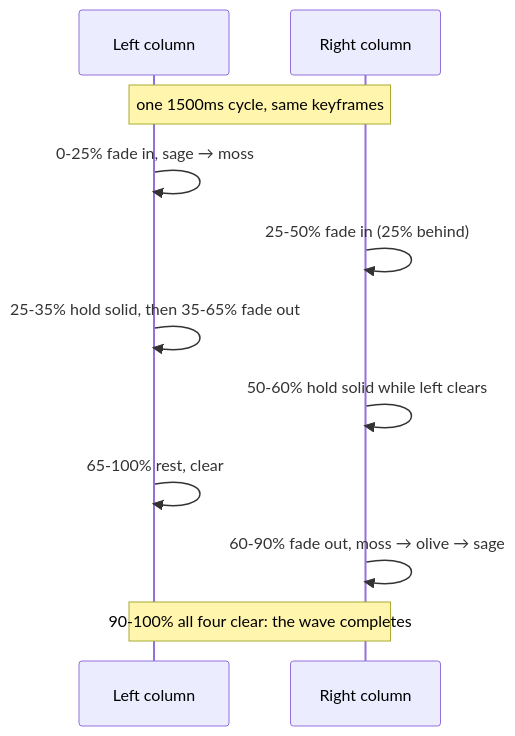
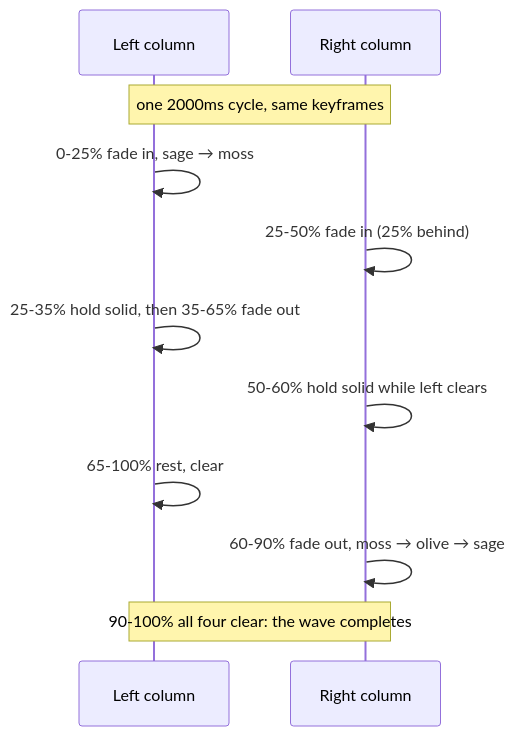
Diagram 21 of 22 in docs/FOR_ETHAN.md (mite404/yaklabs), drawn with Mermaid before and after one commit. The commit also changed other lines of this file, not shown here.

````diff
--- a/docs/FOR_ETHAN.md
+++ b/docs/FOR_ETHAN.md
@@ -1932,13 +1932,13 @@
 ```mermaid
 sequenceDiagram
   participant L as Left column
   participant R as Right column
-  Note over L,R: one 1500ms cycle, same keyframes
+  Note over L,R: one 2000ms cycle, same keyframes
   L->>L: 0-25% fade in, sage → moss
   R->>R: 25-50% fade in (25% behind)
   L->>L: 25-35% hold solid, then 35-65% fade out
   R->>R: 50-60% hold solid while left clears
   L->>L: 65-100% rest, clear
   R->>R: 60-90% fade out, moss → olive → sage
   Note over L,R: 90-100% all four clear: the wave completes
 ```
````
